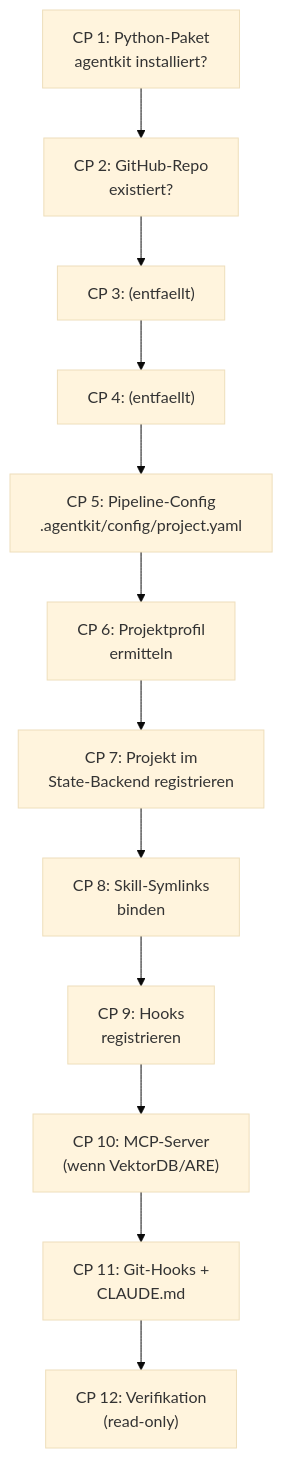
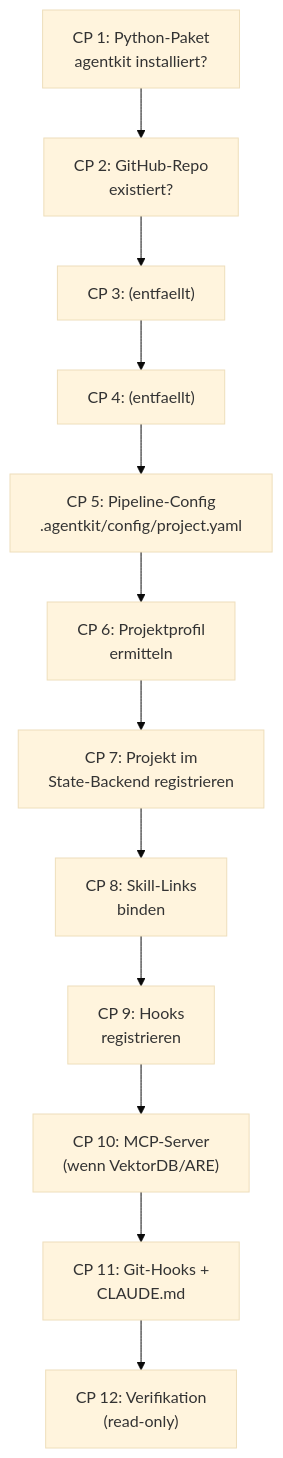
One commit to saltenhof/claude-agentkit3 changed the diagram in concept/technical-design/50_installer_checkpoint_engine_bootstrap.md. Above: the diagram before and after it, drawn with Mermaid (base theme). The commit also changed other lines of this file and 11 other files, not shown here.

````diff
--- a/concept/technical-design/50_installer_checkpoint_engine_bootstrap.md
+++ b/concept/technical-design/50_installer_checkpoint_engine_bootstrap.md
@@ -131,15 +134,15 @@
 ```mermaid
 flowchart TD
     CP1["CP 1: Python-Paket<br/>agentkit installiert?"] --> CP2
     CP2["CP 2: GitHub-Repo<br/>existiert?"] --> CP3
     CP3["CP 3: (entfaellt)"] --> CP4
     CP4["CP 4: (entfaellt)"] --> CP5
     CP5["CP 5: Pipeline-Config<br/>.agentkit/config/project.yaml"] --> CP6
     CP6["CP 6: Projektprofil<br/>ermitteln"] --> CP7
     CP7["CP 7: Projekt im<br/>State-Backend registrieren"] --> CP8
-    CP8["CP 8: Skill-Symlinks<br/>binden"] --> CP9
+    CP8["CP 8: Skill-Links<br/>binden"] --> CP9
     CP9["CP 9: Hooks<br/>registrieren"] --> CP10
     CP10["CP 10: MCP-Server<br/>(wenn VektorDB/ARE)"] --> CP11
     CP11["CP 11: Git-Hooks +<br/>CLAUDE.md"] --> CP12
     CP12["CP 12: Verifikation<br/>(read-only)"]
 ```
````
